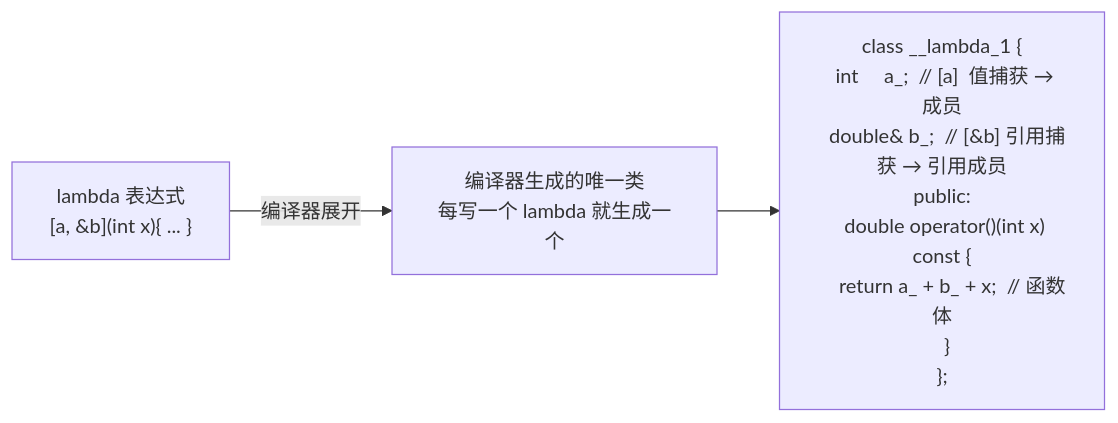
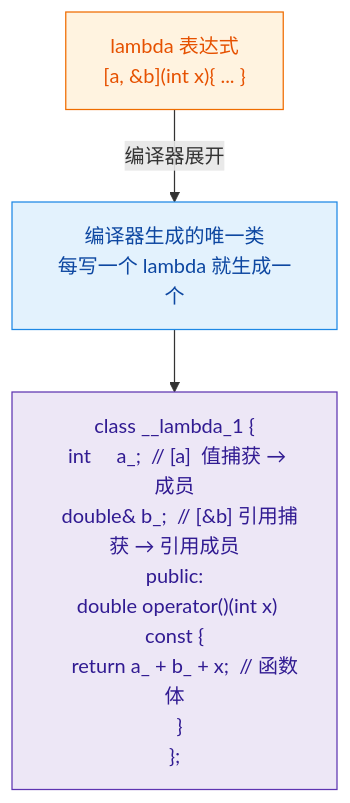
One commit to fanyu99/MyNote changed the diagram in C++深入/C++新特性/lambda和可变参数模板.md. Above: the diagram before and after it, drawn with Mermaid. The commit also changed 26 other files, not shown here.

````diff
--- a/C++深入/C++新特性/lambda和可变参数模板.md
+++ b/C++深入/C++新特性/lambda和可变参数模板.md
@@ -22,5 +22,12 @@
 ```mermaid
-flowchart LR
+flowchart TB
     A["lambda 表达式<br/>[a, &b](int x){ ... }"] -->|编译器展开| B["编译器生成的唯一类<br/>每写一个 lambda 就生成一个"]
     B --> C["class __lambda_1 {<br/>  int     a_;  // [a]  值捕获 → 成员<br/>  double& b_;  // [&b] 引用捕获 → 引用成员<br/>public:<br/>  double operator()(int x) const {<br/>    return a_ + b_ + x;  // 函数体<br/>  }<br/>};"]
+
+    classDef src fill:#fff3e0,stroke:#ef6c00,color:#e65100;
+    classDef gen fill:#e3f2fd,stroke:#1e88e5,color:#0d47a1;
+    classDef code fill:#ede7f6,stroke:#5e35b1,color:#311b92;
+    class A src;
+    class B gen;
+    class C code;
 ```
````
